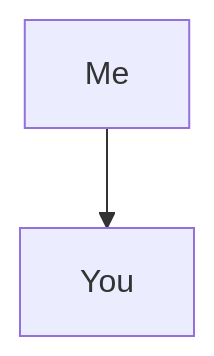
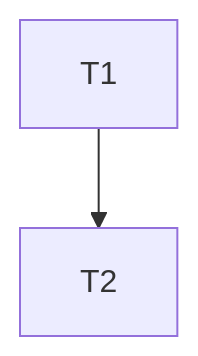
Before and after one commit to newlogic/openg2p: the diagram in docs/mosip-authentication.md, drawn with Mermaid.

````diff
--- a/docs/mosip-authentication.md
+++ b/docs/mosip-authentication.md
@@ -29,4 +29,4 @@
 ```mermaid
 flowchart TD
-    A[Me] --> B[You]
+    A[T1] --> B[T2]
 ```
````
